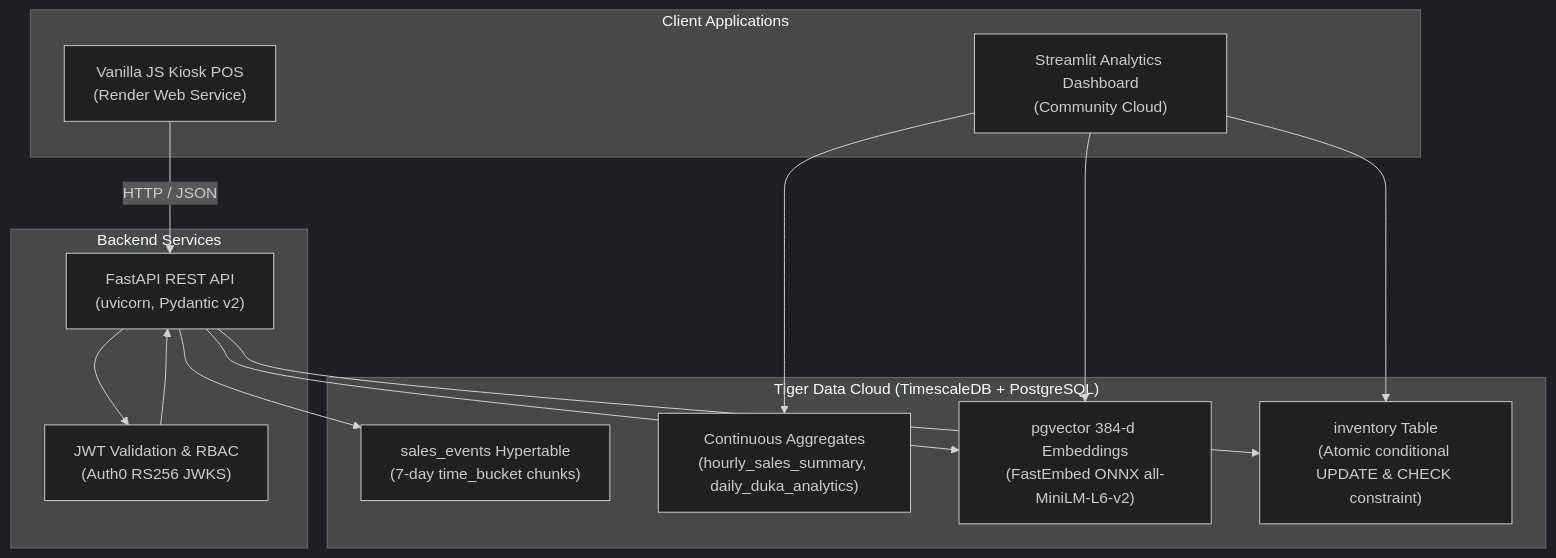
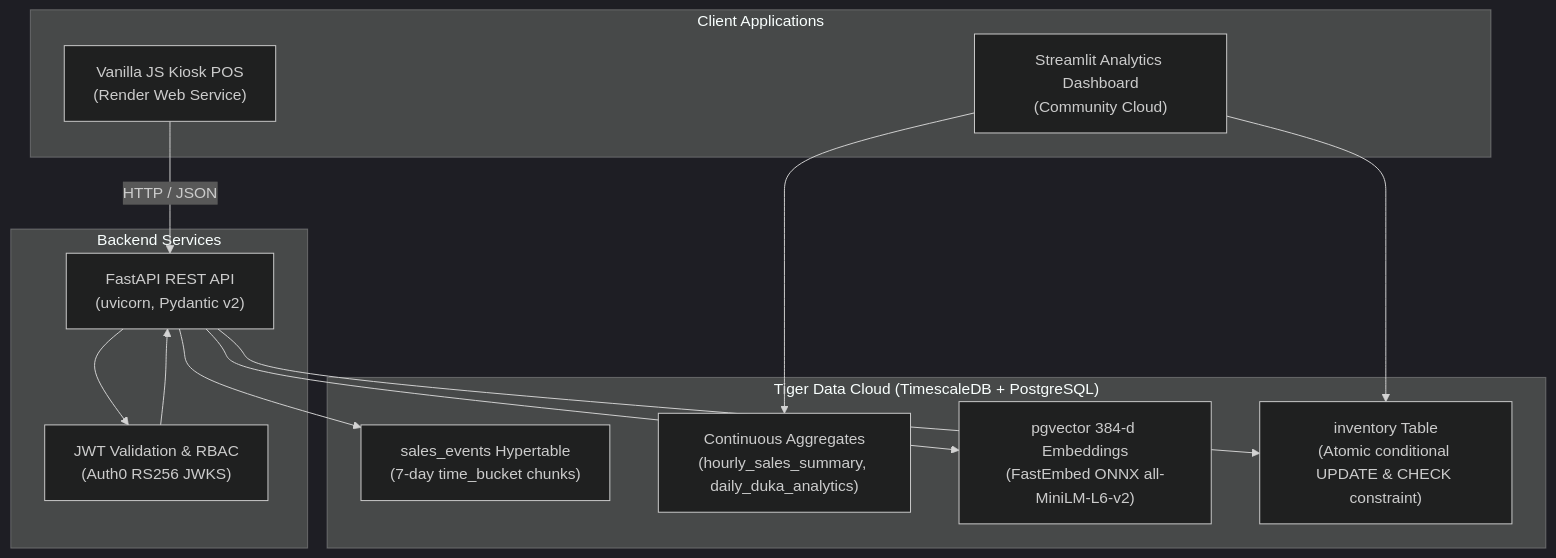
Before and after one commit to princenzmw/DukaPulse: the diagram in README.md, drawn with Mermaid (dark theme). The commit also changed other lines of this file and 3 other files, not shown here.

Commit message:
chore: trim healthcheck payload to minimal public schema and refine readme specs

````diff
--- a/README.md
+++ b/README.md
@@ -80,29 +80,28 @@
 ```mermaid
 flowchart TD
     subgraph Clients["Client Applications"]
         Kiosk["Vanilla JS Kiosk POS<br/>(Render Web Service)"]
         Streamlit["Streamlit Analytics Dashboard<br/>(Community Cloud)"]
     end
 
     subgraph API["Backend Services"]
         FastAPI["FastAPI REST API<br/>(uvicorn, Pydantic v2)"]
         AuthLayer["JWT Validation & RBAC<br/>(Auth0 RS256 JWKS)"]
     end
 
     subgraph Storage["Tiger Data Cloud (TimescaleDB + PostgreSQL)"]
         Hypertables["sales_events Hypertable<br/>(7-day time_bucket chunks)"]
         Caggs["Continuous Aggregates<br/>(hourly_sales_summary, daily_duka_analytics)"]
         PgVector["pgvector 384-d Embeddings<br/>(FastEmbed ONNX all-MiniLM-L6-v2)"]
         InventoryTable["inventory Table<br/>(Atomic conditional UPDATE & CHECK constraint)"]
     end
 
     Kiosk -->|HTTP / JSON| FastAPI
     FastAPI --> AuthLayer
     AuthLayer --> FastAPI
     FastAPI --> InventoryTable
     FastAPI --> Hypertables
     FastAPI --> PgVector
     Streamlit --> Caggs
     Streamlit --> InventoryTable
-    Streamlit --> PgVector
 ```
````
